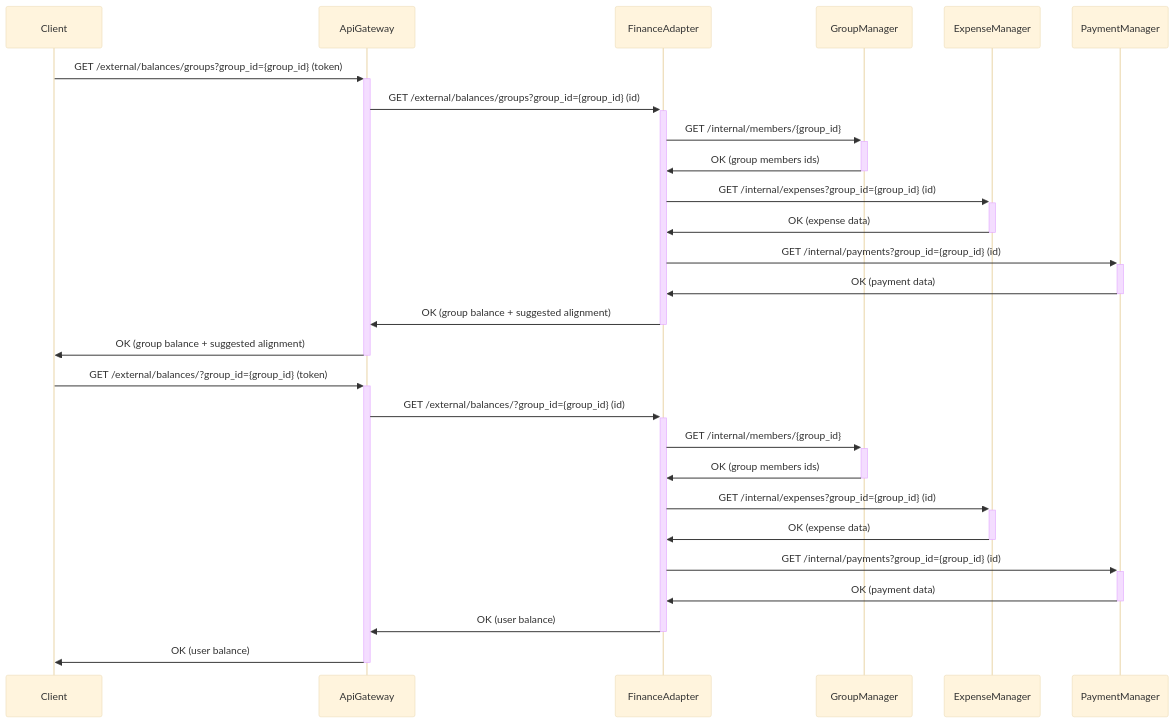
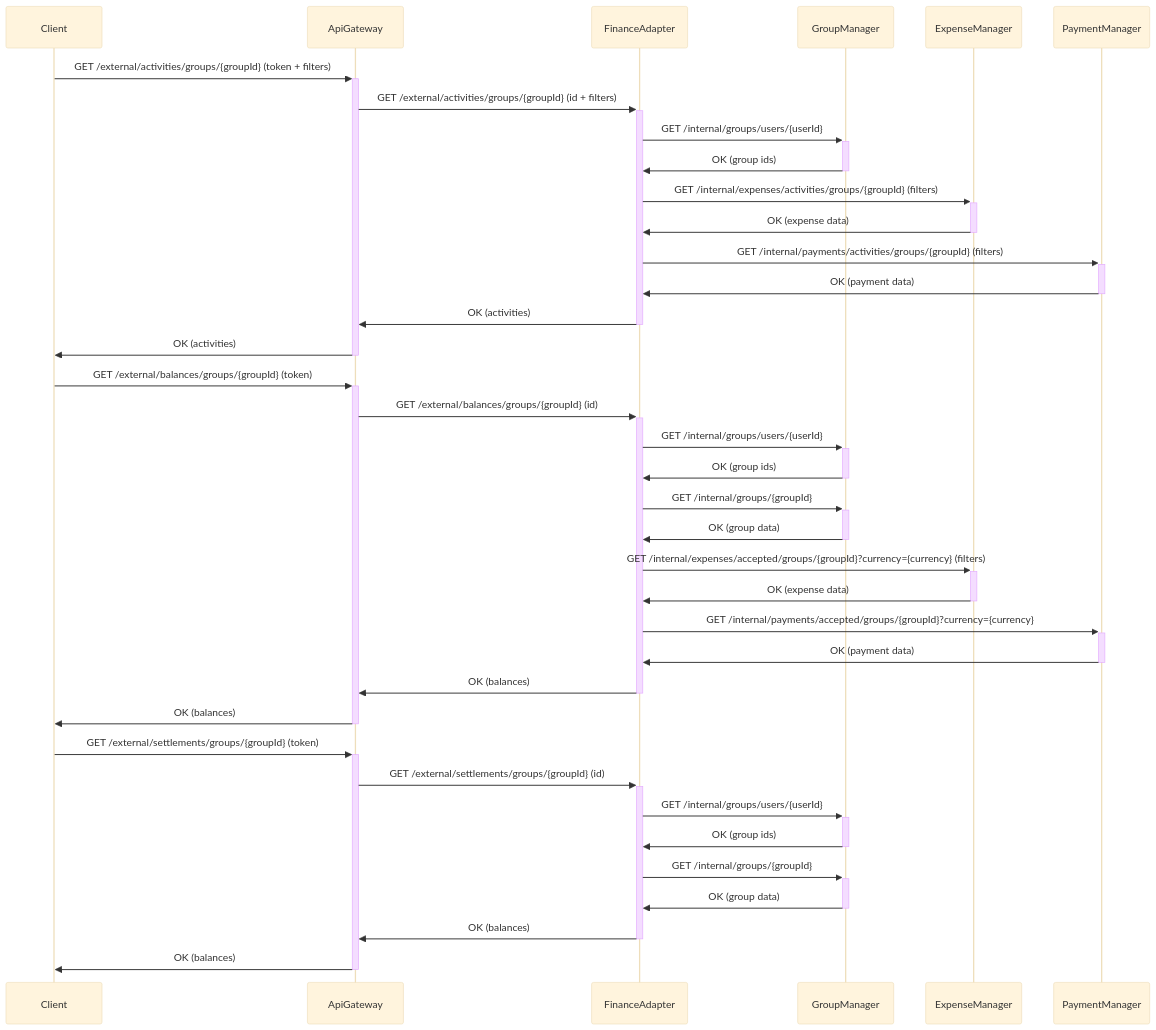
One commit to Group-Expense-Manager/gem-docs changed the ninth of 11 diagrams in docs/diagrams.md. Above: the diagram before and after it, drawn with Mermaid (base theme). The commit also changed other lines of this file and 1 other file, not shown here.

Commit message:
updated flow diagrams & database classes

````diff
--- a/docs/diagrams.md
+++ b/docs/diagrams.md
@@ -329,25 +373,35 @@
 ```mermaid
 sequenceDiagram
-Client->>+ApiGateway: GET /external/balances/groups?group_id={group_id} (token)
-ApiGateway->>+FinanceAdapter: GET /external/balances/groups?group_id={group_id} (id)
-FinanceAdapter->>+GroupManager: GET /internal/members/{group_id}
-GroupManager->>-FinanceAdapter: OK (group members ids)
-FinanceAdapter->>+ ExpenseManager: GET /internal/expenses?group_id={group_id} (id)
+Client->>+ApiGateway: GET /external/activities/groups/{groupId} (token + filters)
+ApiGateway->>+FinanceAdapter: GET /external/activities/groups/{groupId}  (id + filters)
+FinanceAdapter->>+GroupManager: GET /internal/groups/users/{userId}
+GroupManager->>-FinanceAdapter: OK (group ids)
+FinanceAdapter->>+ ExpenseManager: GET /internal/expenses/activities/groups/{groupId} (filters)
 ExpenseManager->>- FinanceAdapter: OK (expense data)
-FinanceAdapter->>+ PaymentManager: GET /internal/payments?group_id={group_id} (id)
+FinanceAdapter->>+ PaymentManager: GET /internal/payments/activities/groups/{groupId} (filters)
 PaymentManager->>- FinanceAdapter: OK (payment data)
-FinanceAdapter->>-ApiGateway: OK (group balance + suggested alignment)
-ApiGateway->>-Client: OK (group balance + suggested alignment)
+FinanceAdapter->>-ApiGateway: OK (activities)
+ApiGateway->>-Client: OK (activities)
 
-Client->>+ApiGateway: GET /external/balances/?group_id={group_id} (token)
-ApiGateway->>+FinanceAdapter: GET /external/balances/?group_id={group_id} (id)
-FinanceAdapter->>+GroupManager: GET /internal/members/{group_id}
-GroupManager->>-FinanceAdapter: OK (group members ids)
-FinanceAdapter->>+ ExpenseManager: GET /internal/expenses?group_id={group_id} (id)
+Client->>+ApiGateway: GET /external/balances/groups/{groupId} (token)
+ApiGateway->>+FinanceAdapter: GET /external/balances/groups/{groupId} (id)
+FinanceAdapter->>+GroupManager: GET /internal/groups/users/{userId}
+GroupManager->>-FinanceAdapter: OK (group ids)
+FinanceAdapter->>+GroupManager: GET /internal/groups/{groupId}
+GroupManager->>-FinanceAdapter: OK (group data)
+FinanceAdapter->>+ ExpenseManager: GET /internal/expenses/accepted/groups/{groupId}?currency={currency} (filters)
 ExpenseManager->>- FinanceAdapter: OK (expense data)
-FinanceAdapter->>+ PaymentManager: GET /internal/payments?group_id={group_id} (id)
+FinanceAdapter->>+ PaymentManager: GET /internal/payments/accepted/groups/{groupId}?currency={currency}
 PaymentManager->>- FinanceAdapter: OK (payment data)
-FinanceAdapter->>-ApiGateway: OK (user balance)
-ApiGateway->>-Client: OK (user balance)
-    
+FinanceAdapter->>-ApiGateway: OK (balances)
+ApiGateway->>-Client: OK (balances)
+
+Client->>+ApiGateway: GET /external/settlements/groups/{groupId} (token)
+ApiGateway->>+FinanceAdapter: GET /external/settlements/groups/{groupId} (id)
+FinanceAdapter->>+GroupManager: GET /internal/groups/users/{userId}
+GroupManager->>-FinanceAdapter: OK (group ids)
+FinanceAdapter->>+GroupManager: GET /internal/groups/{groupId}
+GroupManager->>-FinanceAdapter: OK (group data)
+FinanceAdapter->>-ApiGateway: OK (balances)
+ApiGateway->>-Client: OK (balances)
 ```
````
